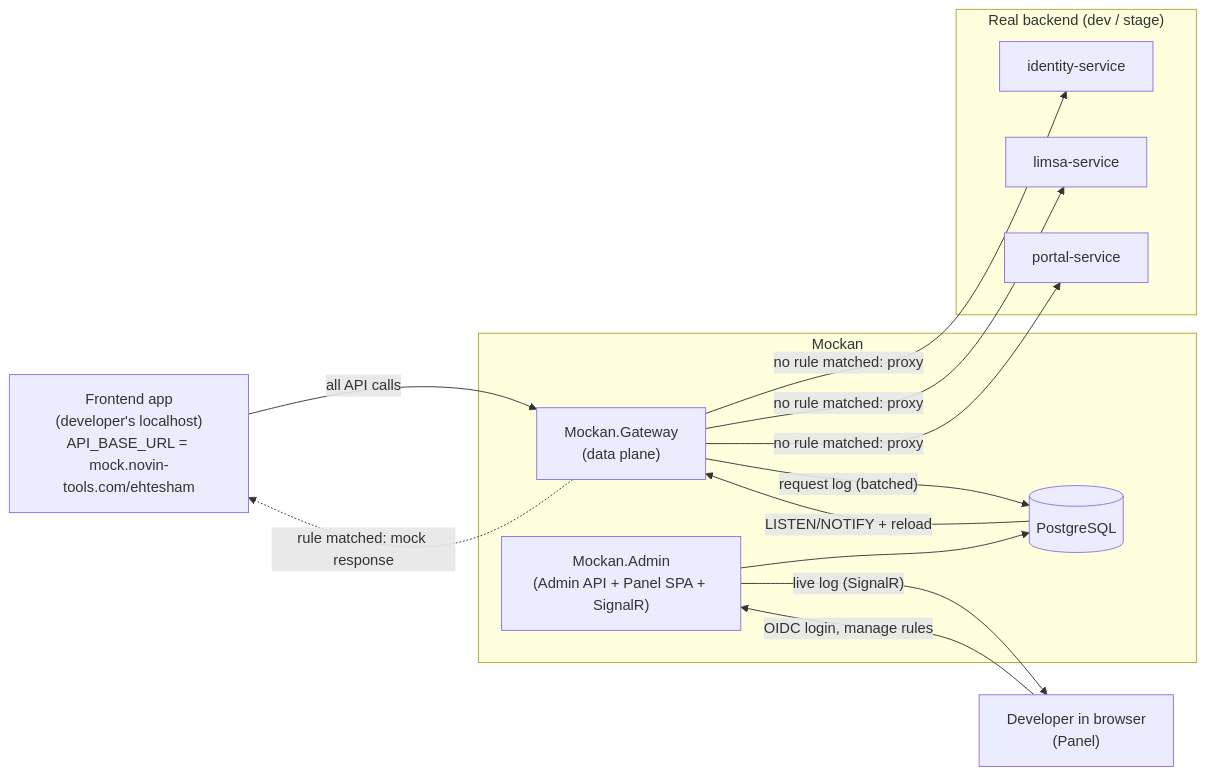
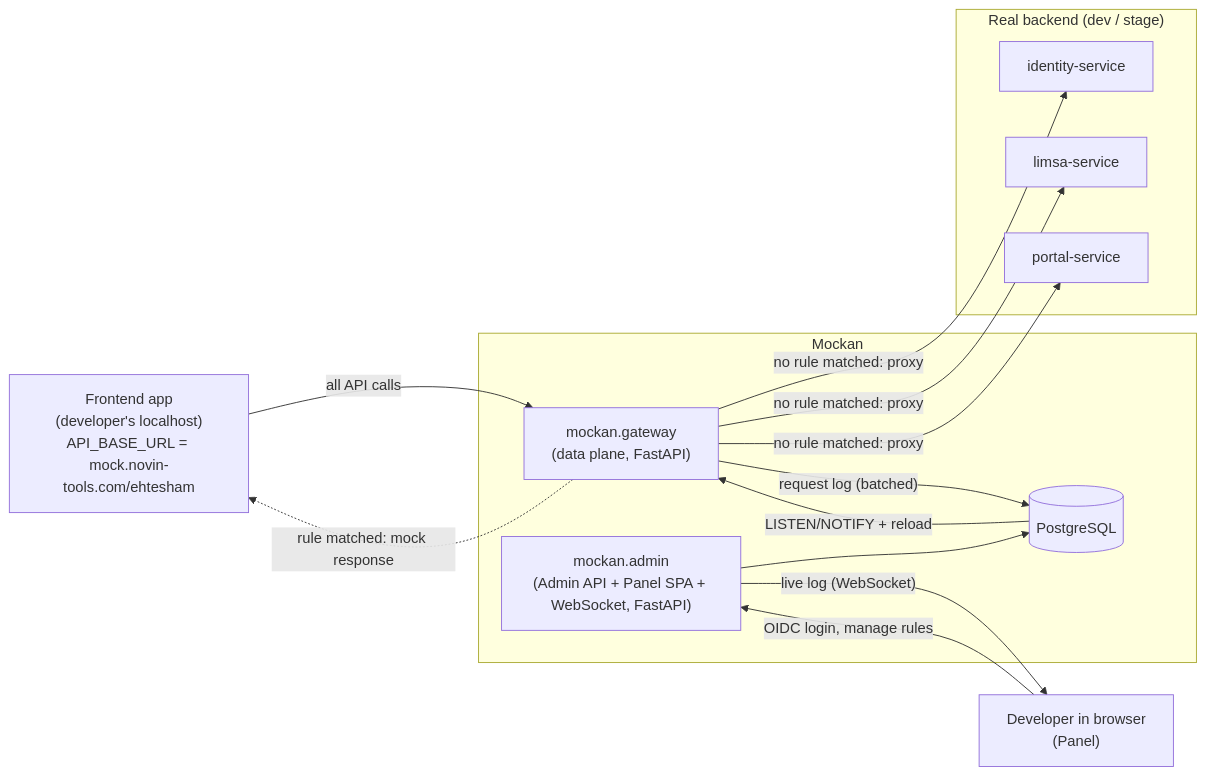
Before and after one commit to modarreszadeh/Mockan: the first of 3 diagrams in Agent/mockan-architecture.md, drawn with Mermaid. The commit also changed other lines of this file and 6 other files, not shown here.

````diff
--- a/Agent/mockan-architecture.md
+++ b/Agent/mockan-architecture.md
@@ -125,26 +136,26 @@
 ```mermaid
 flowchart LR
     FE["Frontend app<br/>(developer's localhost)<br/>API_BASE_URL = mock.novin-tools.com/ehtesham"]
     subgraph Mockan
-        GW["Mockan.Gateway<br/>(data plane)"]
-        ADM["Mockan.Admin<br/>(Admin API + Panel SPA + SignalR)"]
+        GW["mockan.gateway<br/>(data plane, FastAPI)"]
+        ADM["mockan.admin<br/>(Admin API + Panel SPA + WebSocket, FastAPI)"]
         DB[("PostgreSQL")]
     end
     subgraph Backend["Real backend (dev / stage)"]
         S1["identity-service"]
         S2["limsa-service"]
         S3["portal-service"]
     end
     DEV["Developer in browser<br/>(Panel)"]
 
     FE -->|"all API calls"| GW
     GW -->|"no rule matched: proxy"| S1
     GW -->|"no rule matched: proxy"| S2
     GW -->|"no rule matched: proxy"| S3
     GW -.->|"rule matched: mock response"| FE
     DEV -->|"OIDC login, manage rules"| ADM
     ADM --> DB
     DB -->|"LISTEN/NOTIFY + reload"| GW
     GW -->|"request log (batched)"| DB
-    ADM -->|"live log (SignalR)"| DEV
+    ADM -->|"live log (WebSocket)"| DEV
 ```
````
